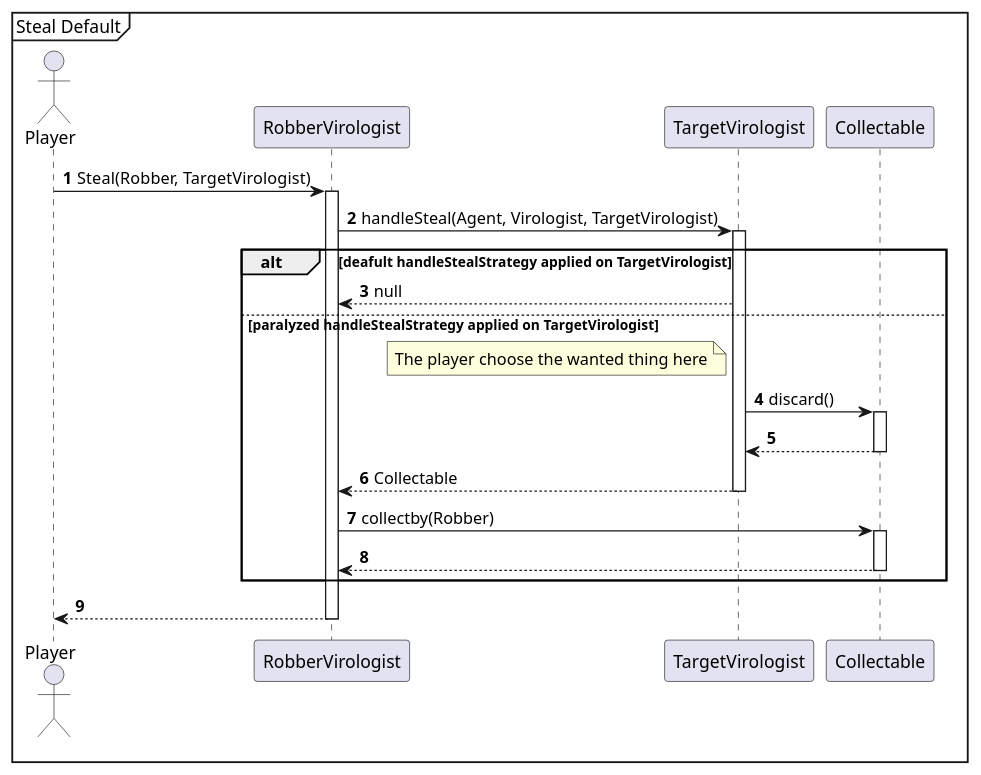
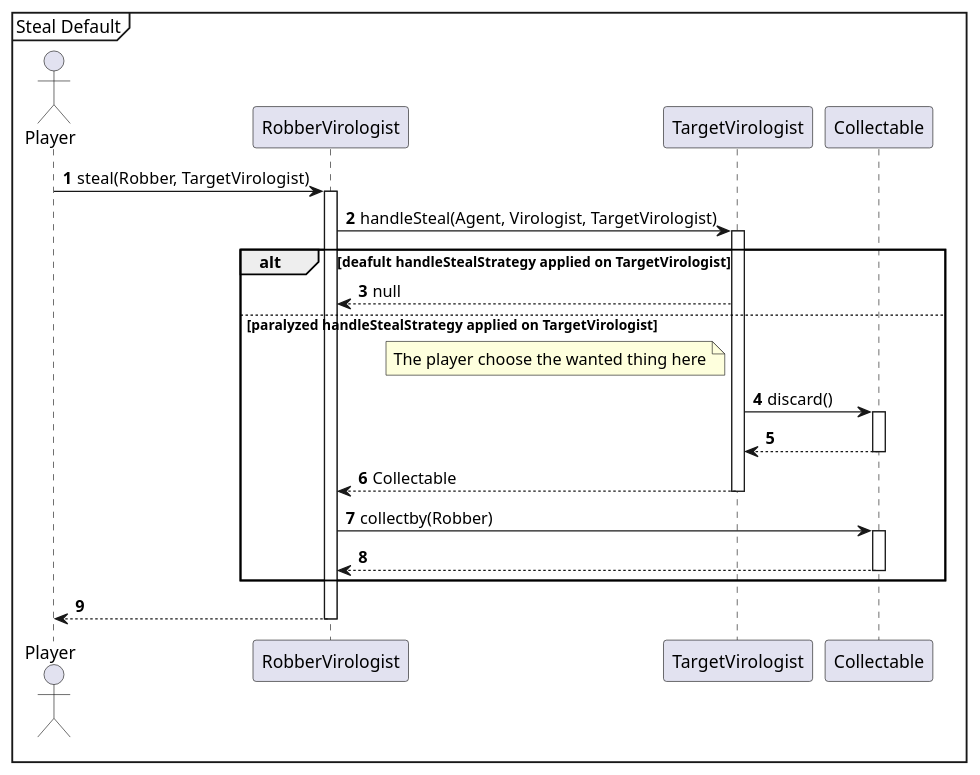
One commit to Projlab-csb/projlab-virologus changed the diagram in sequence-diagram/Matter&Equipment actions/Steal.puml. Above: the diagram before and after it, drawn with PlantUML. The commit also changed 2 other files, not shown here.

Commit message:
edit some sequences

```diff
--- a/sequence-diagram/Matter&Equipment actions/Steal.puml
+++ b/sequence-diagram/Matter&Equipment actions/Steal.puml
@@ -1,33 +1,33 @@
 @startuml
 'https://plantuml.com/sequence-diagram
 autonumber
 
 mainframe Steal Default
 
 actor Player
 
-Player -> RobberVirologist++: Steal(Robber, TargetVirologist)
+Player -> RobberVirologist++: steal(Robber, TargetVirologist)
 'így csak egy interface kell, lehet ez jobb is, mint különszedve (CD-n viszont még hagytam a kettőt))
 
 RobberVirologist -> TargetVirologist++: handleSteal(Agent, Virologist, TargetVirologist)
 
 
 
 alt deafult handleStealStrategy applied on TargetVirologist
     TargetVirologist -->RobberVirologist: null
 else paralyzed handleStealStrategy applied on TargetVirologist
 
         note left TargetVirologist
             The player choose the wanted thing here
         end note
 
         TargetVirologist->Collectable++:discard()
         Collectable-->TargetVirologist--
 
     TargetVirologist -->RobberVirologist--: Collectable
     RobberVirologist->Collectable++:collectby(Robber)
     Collectable-->RobberVirologist--:
 end
 
 RobberVirologist --> Player --
 @enduml
```
